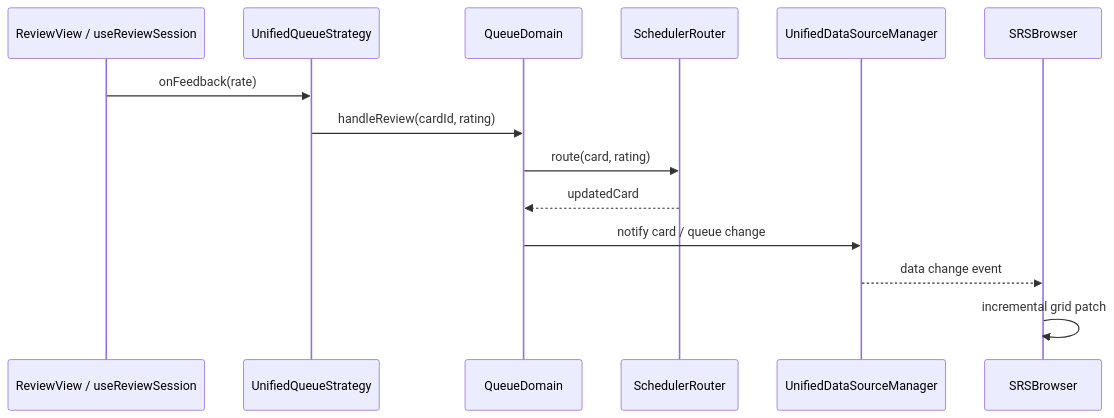
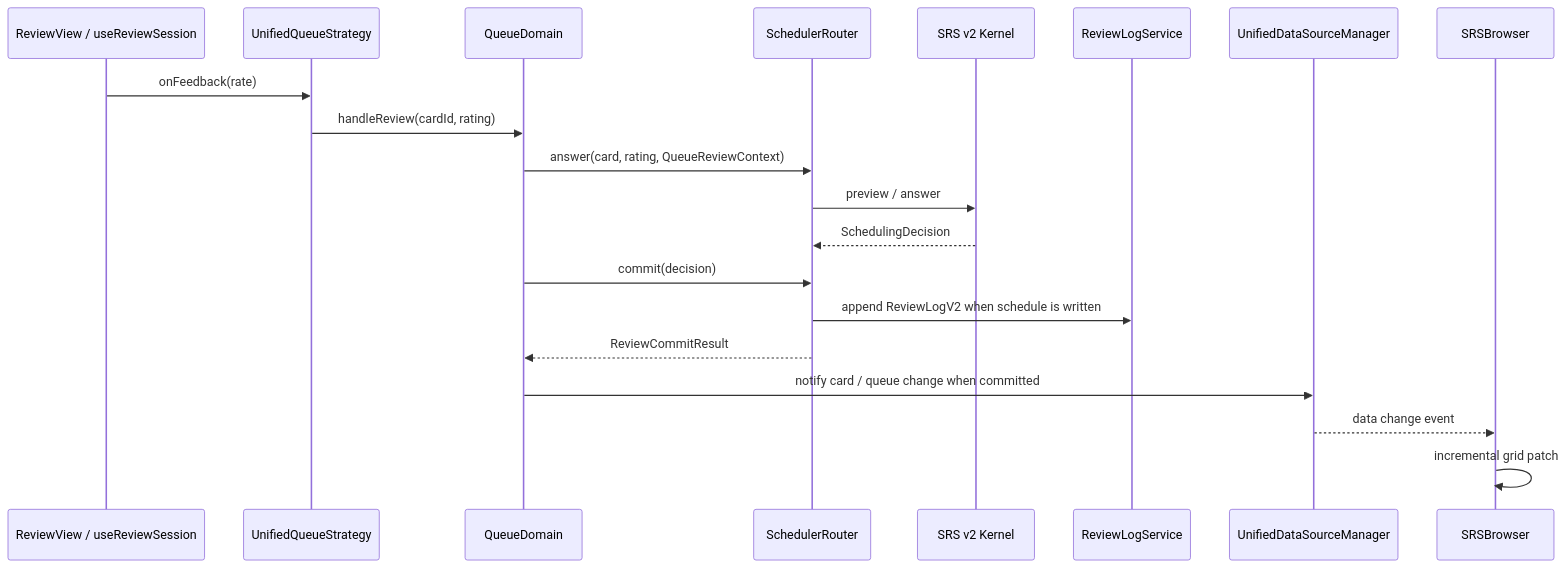
The second of 2 diagrams in ARCHITECTURE.md (Dammyxy/siyuanmemoSRC), drawn with Mermaid before and after one commit. The commit also changed other lines of this file and 24 other files, not shown here.

````diff
--- a/ARCHITECTURE.md
+++ b/ARCHITECTURE.md
@@ -180,17 +180,23 @@
 ```mermaid
 sequenceDiagram
   participant UI as ReviewView / useReviewSession
   participant QS as UnifiedQueueStrategy
   participant Q as QueueDomain
   participant SR as SchedulerRouter
+  participant SRS as SRS v2 Kernel
+  participant LOG as ReviewLogService
   participant UDSM as UnifiedDataSourceManager
   participant B as SRSBrowser
 
   UI->>QS: onFeedback(rate)
   QS->>Q: handleReview(cardId, rating)
-  Q->>SR: route(card, rating)
-  SR-->>Q: updatedCard
-  Q->>UDSM: notify card / queue change
+  Q->>SR: answer(card, rating, QueueReviewContext)
+  SR->>SRS: preview / answer
+  SRS-->>SR: SchedulingDecision
+  Q->>SR: commit(decision)
+  SR->>LOG: append ReviewLogV2 when schedule is written
+  SR-->>Q: ReviewCommitResult
+  Q->>UDSM: notify card / queue change when committed
   UDSM-->>B: data change event
   B->>B: incremental grid patch
 ```
````
